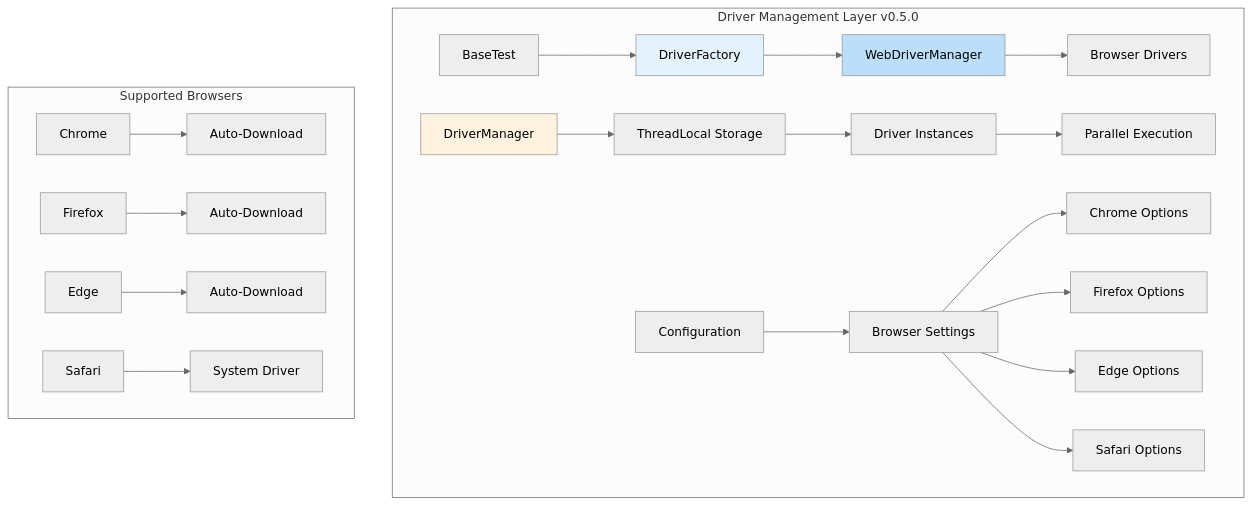
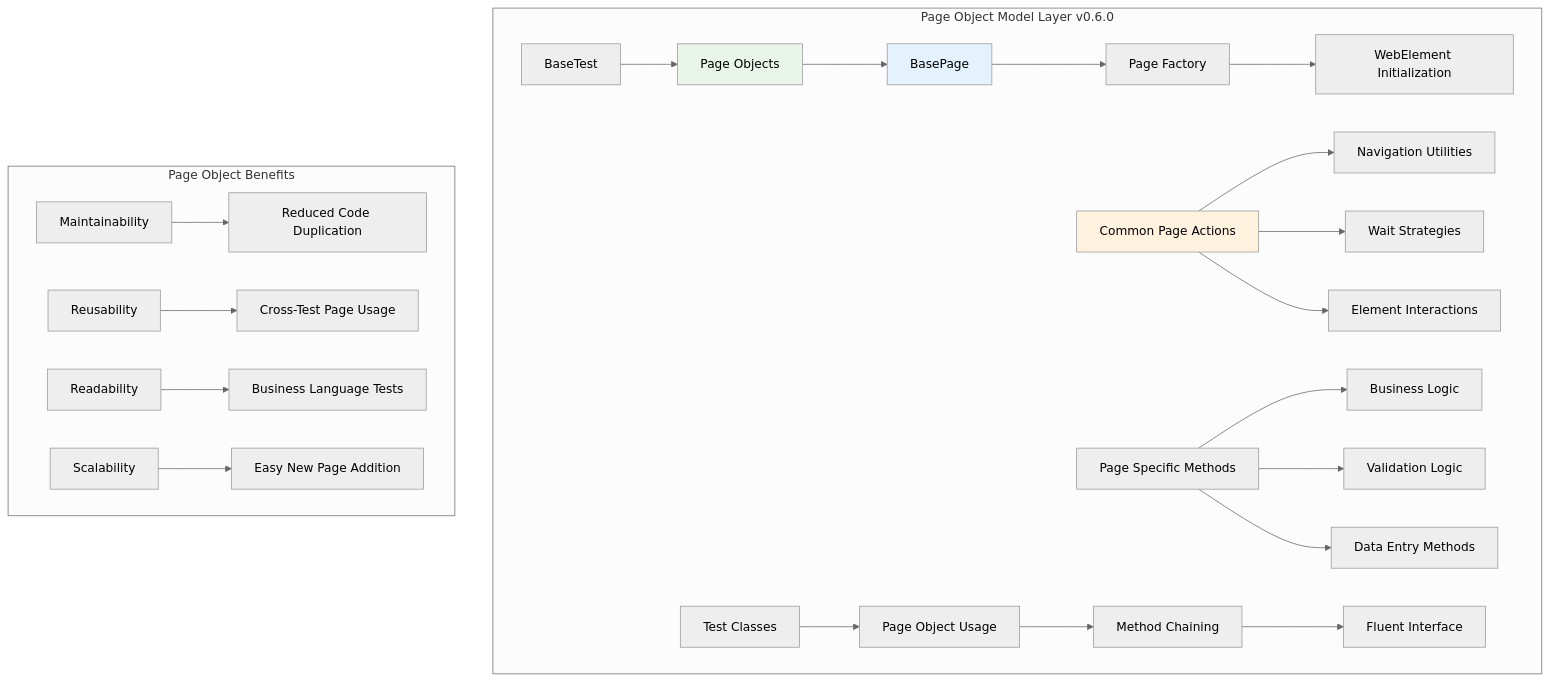
Before and after one commit to Anuj-Patiyal/hybrid-framework: the seventh of 12 diagrams in README.md, drawn with Mermaid (neutral theme). The commit also changed other lines of this file and 8 other files, not shown here.

First line of the commit message:
🎯 [RELEASE] 🚀 v0.6.0 - Page Object Model Release (#33)

````diff
--- a/README.md
+++ b/README.md
@@ -218,29 +251,32 @@
 ```mermaid
 graph TB
-    subgraph "Driver Management Layer v0.5.0"
-        A[BaseTest] --> B[DriverFactory]
-        B --> C[WebDriverManager]
-        C --> D[Browser Drivers]
-
-        E[DriverManager] --> F[ThreadLocal Storage]
-        F --> G[Driver Instances]
-        G --> H[Parallel Execution]
-
-        I[Configuration] --> J[Browser Settings]
-        J --> K[Chrome Options]
-        J --> L[Firefox Options]
-        J --> M[Edge Options]
-        J --> N[Safari Options]
+    subgraph "Page Object Model Layer v0.6.0"
+        A[BaseTest] --> B[Page Objects]
+        B --> C[BasePage]
+        C --> D[Page Factory]
+        D --> E[WebElement Initialization]
+        
+        F[Common Page Actions] --> G[Navigation Utilities]
+        F --> H[Wait Strategies]
+        F --> I[Element Interactions]
+        
+        J[Page Specific Methods] --> K[Business Logic]
+        J --> L[Validation Logic]
+        J --> M[Data Entry Methods]
+        
+        N[Test Classes] --> O[Page Object Usage]
+        O --> P[Method Chaining]
+        P --> Q[Fluent Interface]
     end
 
-    subgraph "Supported Browsers"
-        O[Chrome] --> P[Auto-Download]
-        Q[Firefox] --> R[Auto-Download]
-        S[Edge] --> T[Auto-Download]
-        U[Safari] --> V[System Driver]
+    subgraph "Page Object Benefits"
+        R[Maintainability] --> S[Reduced Code Duplication]
+        T[Reusability] --> U[Cross-Test Page Usage]
+        V[Readability] --> W[Business Language Tests]
+        X[Scalability] --> Y[Easy New Page Addition]
     end
 
-    style B fill:#e3f2fd
-    style E fill:#fff3e0
-    style C fill:#bbdefb
+    style B fill:#e8f5e8
+    style C fill:#e3f2fd
+    style F fill:#fff3e0
 ```
````
